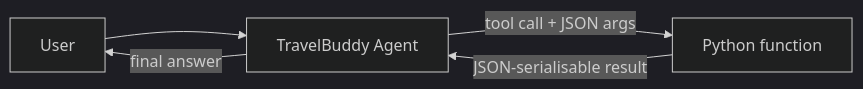
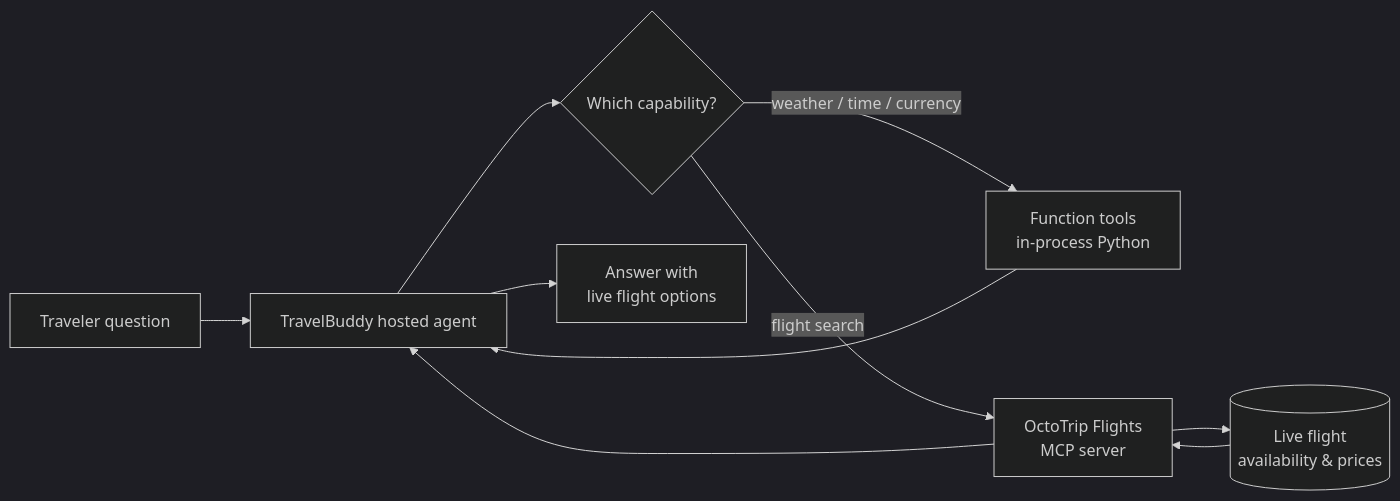
Before and after one commit to radustoica/ms-foundry-workshop: the diagram in README.md, drawn with Mermaid (dark theme). The commit also changed other lines of this file and 13 other files, not shown here.

````diff
--- a/README.md
+++ b/README.md
@@ -67,7 +69,12 @@
 ```mermaid
 flowchart LR
-    User[User] --> Agent[TravelBuddy Agent]
-    Agent -->|tool call + JSON args| Function[Python function]
-    Function -->|JSON-serialisable result| Agent
-    Agent -->|final answer| User
+    User[Traveler question] --> Agent[TravelBuddy hosted agent]
+    Agent --> Decision{Which capability?}
+    Decision -->|weather / time / currency| Local[Function tools<br/>in-process Python]
+    Decision -->|flight search| MCP[OctoTrip Flights<br/>MCP server]
+    MCP --> Docs[(Live flight<br/>availability & prices)]
+    Docs --> MCP
+    Local --> Agent
+    MCP --> Agent
+    Agent --> Answer[Answer with<br/>live flight options]
 ```
````
